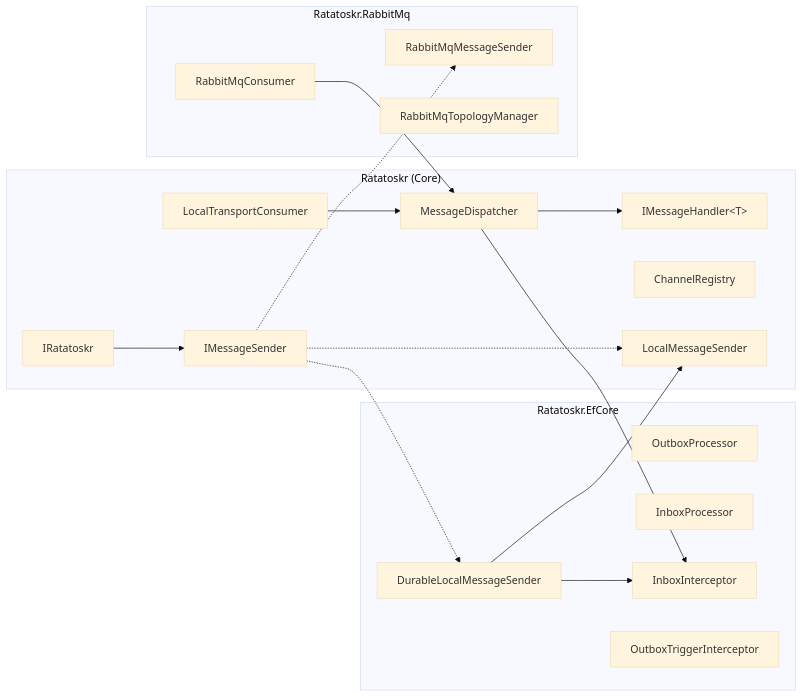
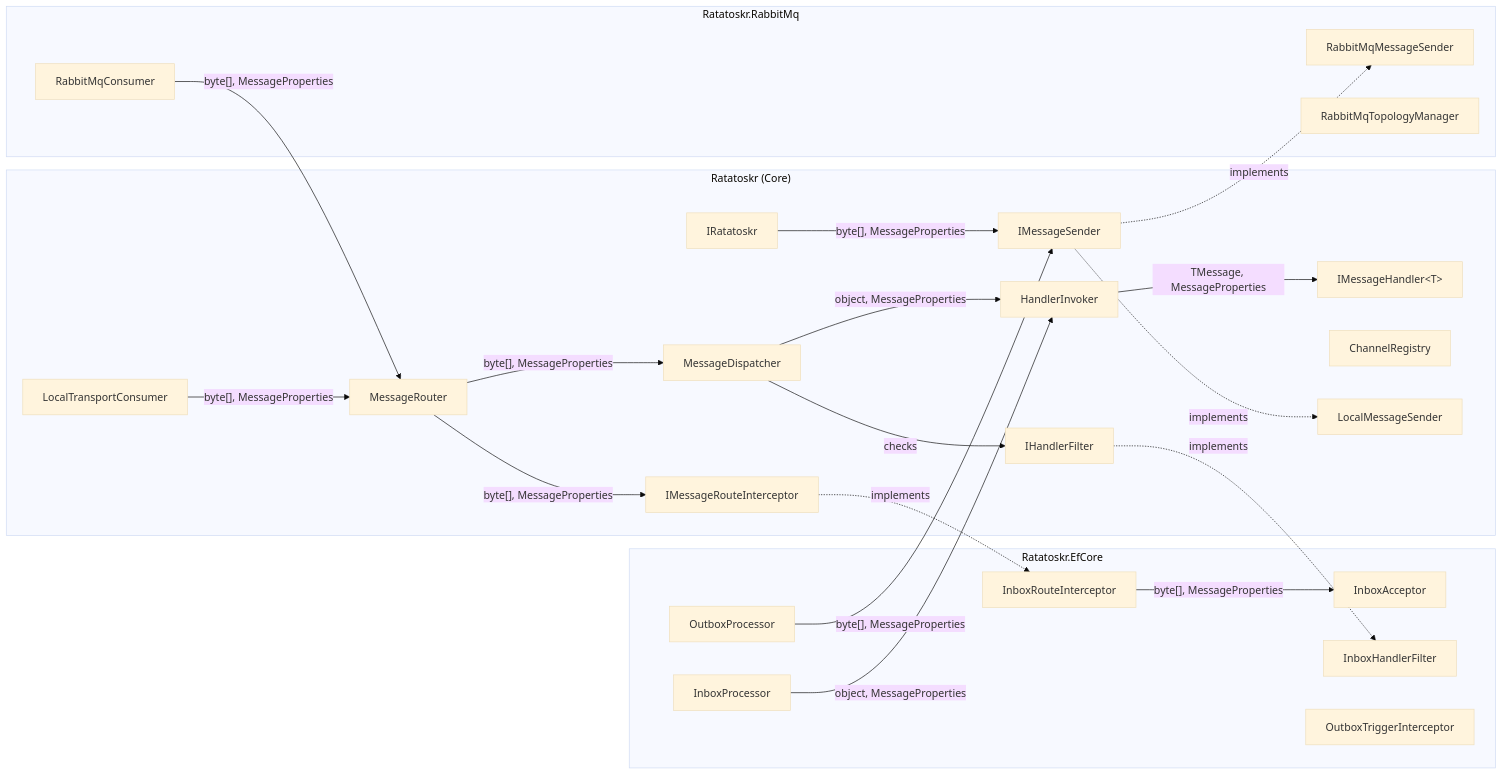
One commit to saithis/Ratatoskr changed the first of 9 diagrams in docs/architecture.md. Above: the diagram before and after it, drawn with Mermaid (base theme). The commit also changed other lines of this file and 33 other files, not shown here.

````diff
--- a/docs/architecture.md
+++ b/docs/architecture.md
@@ -7,37 +7,47 @@
 ```mermaid
 graph LR
     subgraph Core ["Ratatoskr (Core)"]
         IRatatoskr["IRatatoskr"]
         IMessageSender["IMessageSender"]
         IMessageHandler["IMessageHandler&lt;T&gt;"]
+        IRouteInterceptor["IMessageRouteInterceptor"]
+        IHandlerFilter["IHandlerFilter"]
+        MessageRouter["MessageRouter"]
         MessageDispatcher["MessageDispatcher"]
+        HandlerInvoker["HandlerInvoker"]
         ChannelRegistry["ChannelRegistry"]
         LocalSender["LocalMessageSender"]
         LocalConsumer["LocalTransportConsumer"]
     end
 
     subgraph EfCore ["Ratatoskr.EfCore"]
         OutboxProcessor["OutboxProcessor"]
         InboxProcessor["InboxProcessor"]
-        InboxInterceptor["InboxInterceptor"]
-        DurableLocalSender["DurableLocalMessageSender"]
+        InboxAcceptor["InboxAcceptor"]
+        InboxInterceptor["InboxRouteInterceptor"]
+        InboxFilter["InboxHandlerFilter"]
         OutboxInterceptor["OutboxTriggerInterceptor"]
     end
 
     subgraph RabbitMq ["Ratatoskr.RabbitMq"]
         RmqSender["RabbitMqMessageSender"]
         RmqConsumer["RabbitMqConsumer"]
         TopologyManager["RabbitMqTopologyManager"]
     end
 
-    IRatatoskr --> IMessageSender
-    IMessageSender -.-> LocalSender
-    IMessageSender -.-> RmqSender
-    IMessageSender -.-> DurableLocalSender
-    DurableLocalSender --> LocalSender
-    DurableLocalSender --> InboxInterceptor
-    LocalConsumer --> MessageDispatcher
-    RmqConsumer --> MessageDispatcher
-    MessageDispatcher --> IMessageHandler
-    MessageDispatcher --> InboxInterceptor
+    IRatatoskr -->|"byte[], MessageProperties"| IMessageSender
+    IMessageSender -.->|"implements"| LocalSender
+    IMessageSender -.->|"implements"| RmqSender
+    LocalConsumer -->|"byte[], MessageProperties"| MessageRouter
+    RmqConsumer -->|"byte[], MessageProperties"| MessageRouter
+    MessageRouter -->|"byte[], MessageProperties"| IRouteInterceptor
+    IRouteInterceptor -.->|"implements"| InboxInterceptor
+    InboxInterceptor -->|"byte[], MessageProperties"| InboxAcceptor
+    MessageRouter -->|"byte[], MessageProperties"| MessageDispatcher
+    MessageDispatcher -->|"checks"| IHandlerFilter
+    IHandlerFilter -.->|"implements"| InboxFilter
+    MessageDispatcher -->|"object, MessageProperties"| HandlerInvoker
+    InboxProcessor -->|"object, MessageProperties"| HandlerInvoker
+    OutboxProcessor -->|"byte[], MessageProperties"| IMessageSender
+    HandlerInvoker -->|"TMessage, MessageProperties"| IMessageHandler
 ```
````
